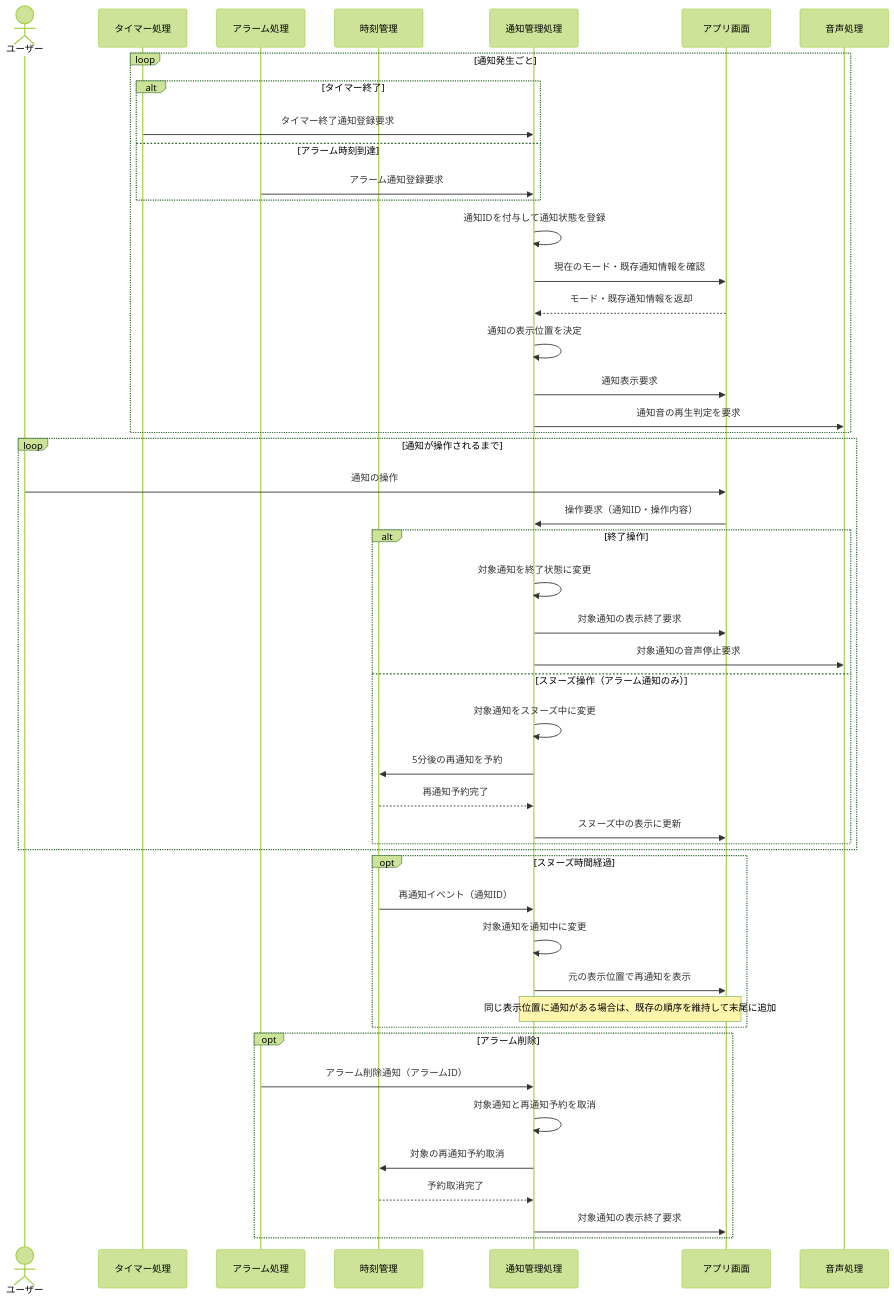
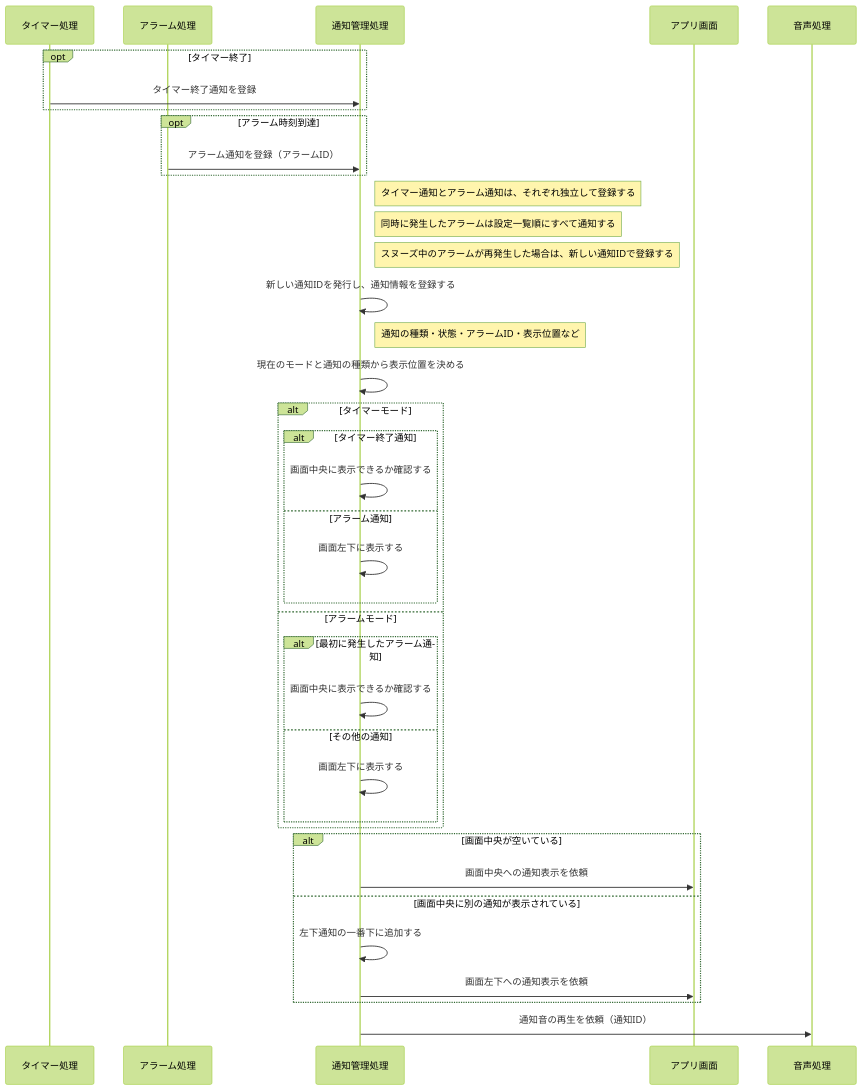
The first of 9 diagrams in document/設計/シーケンス図/共通シーケンス図.md (shun62201234-crypto/timerApplication), drawn with Mermaid (forest theme) before and after one commit. The commit also changed other lines of this file, not shown here.

First line of the commit message:
共通シーケンス図

````diff
--- a/document/設計/シーケンス図/共通シーケンス図.md
+++ b/document/設計/シーケンス図/共通シーケンス図.md
@@ -3,57 +4,48 @@
 ```mermaid
 sequenceDiagram
-    actor User as ユーザー
     participant Timer as タイマー処理
     participant Alarm as アラーム処理
-    participant Clock as 時刻管理
     participant Notify as 通知管理処理
     participant UI as アプリ画面
     participant Audio as 音声処理
 
-    loop 通知発生ごと
-        alt タイマー終了
-            Timer->>Notify: タイマー終了通知登録要求
-        else アラーム時刻到達
-            Alarm->>Notify: アラーム通知登録要求
-        end
-
-        Notify->>Notify: 通知IDを付与して通知状態を登録
-        Notify->>UI: 現在のモード・既存通知情報を確認
-        UI-->>Notify: モード・既存通知情報を返却
-        Notify->>Notify: 通知の表示位置を決定
-        Notify->>UI: 通知表示要求
-        Notify->>Audio: 通知音の再生判定を要求
+    opt タイマー終了
+        Timer->>Notify: タイマー終了通知を登録
     end
 
-    loop 通知が操作されるまで
-        User->>UI: 通知の操作
-        UI->>Notify: 操作要求（通知ID・操作内容）
+    opt アラーム時刻到達
+        Alarm->>Notify: アラーム通知を登録（アラームID）
+    end
 
-        alt 終了操作
-            Notify->>Notify: 対象通知を終了状態に変更
-            Notify->>UI: 対象通知の表示終了要求
-            Notify->>Audio: 対象通知の音声停止要求
+    Note right of Notify: タイマー通知とアラーム通知は、それぞれ独立して登録する
+    Note right of Notify: 同時に発生したアラームは設定一覧順にすべて通知する
+    Note right of Notify: スヌーズ中のアラームが再発生した場合は、新しい通知IDで登録する
 
-        else スヌーズ操作（アラーム通知のみ）
-            Notify->>Notify: 対象通知をスヌーズ中に変更
-            Notify->>Clock: 5分後の再通知を予約
-            Clock-->>Notify: 再通知予約完了
-            Notify->>UI: スヌーズ中の表示に更新
+    Notify->>Notify: 新しい通知IDを発行し、通知情報を登録する
+    Note right of Notify: 通知の種類・状態・アラームID・表示位置など
+
+    Notify->>Notify: 現在のモードと通知の種類から表示位置を決める
+
+    alt タイマーモード
+        alt タイマー終了通知
+            Notify->>Notify: 画面中央に表示できるか確認する
+        else アラーム通知
+            Notify->>Notify: 画面左下に表示する
+        end
+    else アラームモード
+        alt 最初に発生したアラーム通知
+            Notify->>Notify: 画面中央に表示できるか確認する
+        else その他の通知
+            Notify->>Notify: 画面左下に表示する
         end
     end
 
-    opt スヌーズ時間経過
-        Clock->>Notify: 再通知イベント（通知ID）
-        Notify->>Notify: 対象通知を通知中に変更
-        Notify->>UI: 元の表示位置で再通知を表示
-        Note over Notify,UI: 同じ表示位置に通知がある場合は、既存の順序を維持して末尾に追加
+    alt 画面中央が空いている
+        Notify->>UI: 画面中央への通知表示を依頼
+    else 画面中央に別の通知が表示されている
+        Notify->>Notify: 左下通知の一番下に追加する
+        Notify->>UI: 画面左下への通知表示を依頼
     end
 
-    opt アラーム削除
-        Alarm->>Notify: アラーム削除通知（アラームID）
-        Notify->>Notify: 対象通知と再通知予約を取消
-        Notify->>Clock: 対象の再通知予約取消
-        Clock-->>Notify: 予約取消完了
-        Notify->>UI: 対象通知の表示終了要求
-    end
+    Notify->>Audio: 通知音の再生を依頼（通知ID）
 ```
````
